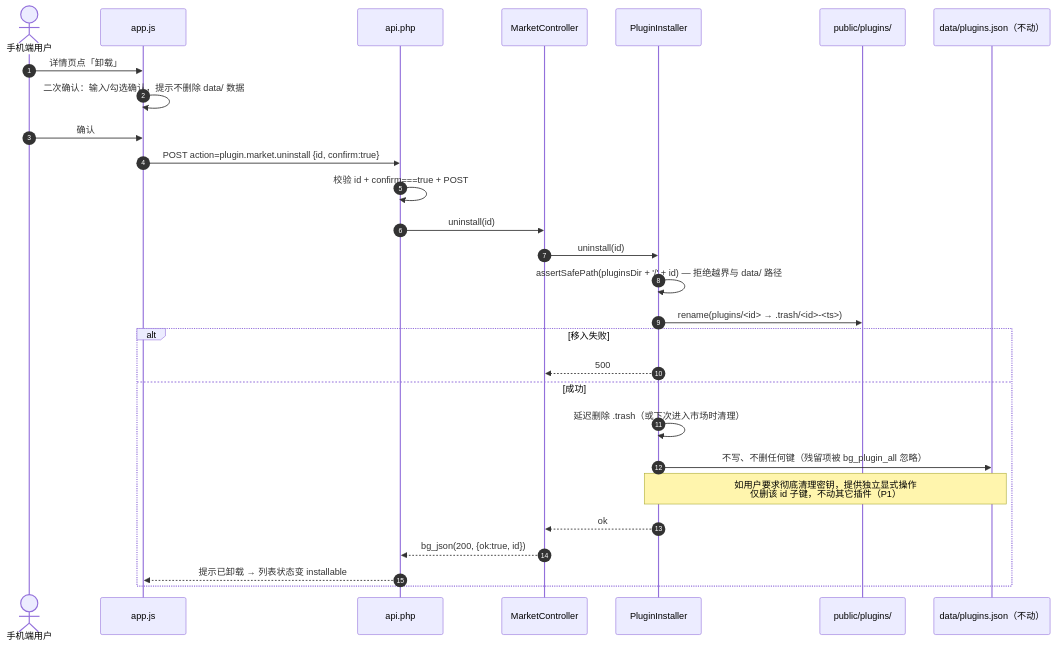
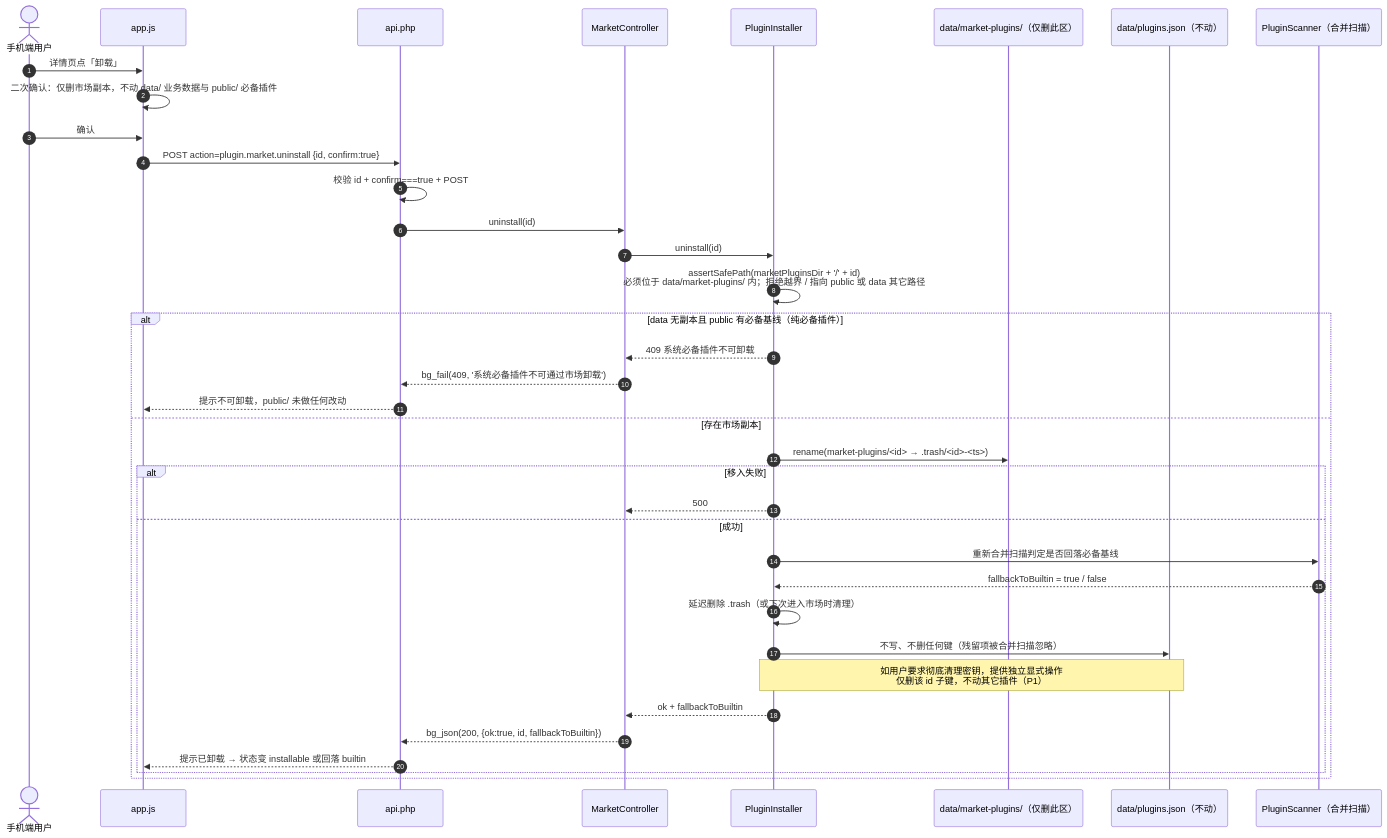
One commit to c1as/baogong-system changed the seventh of 8 diagrams in docs/插件市场-架构设计.md. Above: the diagram before and after it, drawn with Mermaid. The commit also changed other lines of this file, not shown here.

Commit message:
docs/v1.1: 双目录策略（必备 public/plugins + 市场 data/market-plugins），U1 定案

````diff
--- a/docs/插件市场-架构设计.md
+++ b/docs/插件市场-架构设计.md
@@ -622,31 +716,40 @@
 ```mermaid
 sequenceDiagram
     autonumber
     actor U as 手机端用户
     participant UI as app.js
     participant API as api.php
     participant MC as MarketController
     participant PI as PluginInstaller
-    participant FS as public/plugins/
+    participant FS as data/market-plugins/（仅删此区）
     participant ST as data/plugins.json（不动）
+    participant SC as PluginScanner（合并扫描）
 
     U->>UI: 详情页点「卸载」
-    UI->>UI: 二次确认：输入/勾选确认，提示不删除 data/ 数据
+    UI->>UI: 二次确认：仅删市场副本，不动 data/ 业务数据与 public/ 必备插件
     U->>UI: 确认
     UI->>API: POST action=plugin.market.uninstall {id, confirm:true}
     API->>API: 校验 id + confirm===true + POST
     API->>MC: uninstall(id)
     MC->>PI: uninstall(id)
-    PI->>PI: assertSafePath(pluginsDir + '/' + id) — 拒绝越界与 data/ 路径
-    PI->>FS: rename(plugins/<id> → .trash/<id>-<ts>)
-    alt 移入失败
-        PI-->>MC: 500
-    else 成功
-        PI->>PI: 延迟删除 .trash（或下次进入市场时清理）
-        PI->>ST: 不写、不删任何键（残留项被 bg_plugin_all 忽略）
-        Note over PI,ST: 如用户要求彻底清理密钥，提供独立显式操作<br/>仅删该 id 子键，不动其它插件（P1）
-        PI-->>MC: ok
-        MC-->>API: bg_json(200, {ok:true, id})
-        API-->>UI: 提示已卸载 → 列表状态变 installable
+    PI->>PI: assertSafePath(marketPluginsDir + '/' + id)<br/>必须位于 data/market-plugins/ 内；拒绝越界 / 指向 public 或 data 其它路径
+    alt data 无副本且 public 有必备基线（纯必备插件）
+        PI-->>MC: 409 系统必备插件不可卸载
+        MC-->>API: bg_fail(409, '系统必备插件不可通过市场卸载')
+        API-->>UI: 提示不可卸载，public/ 未做任何改动
+    else 存在市场副本
+        PI->>FS: rename(market-plugins/<id> → .trash/<id>-<ts>)
+        alt 移入失败
+            PI-->>MC: 500
+        else 成功
+            PI->>SC: 重新合并扫描判定是否回落必备基线
+            SC-->>PI: fallbackToBuiltin = true / false
+            PI->>PI: 延迟删除 .trash（或下次进入市场时清理）
+            PI->>ST: 不写、不删任何键（残留项被合并扫描忽略）
+            Note over PI,ST: 如用户要求彻底清理密钥，提供独立显式操作<br/>仅删该 id 子键，不动其它插件（P1）
+            PI-->>MC: ok + fallbackToBuiltin
+            MC-->>API: bg_json(200, {ok:true, id, fallbackToBuiltin})
+            API-->>UI: 提示已卸载 → 状态变 installable 或回落 builtin
+        end
     end
 ```
````
